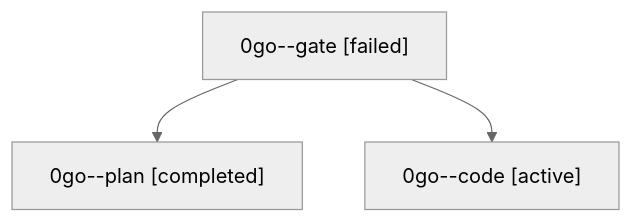
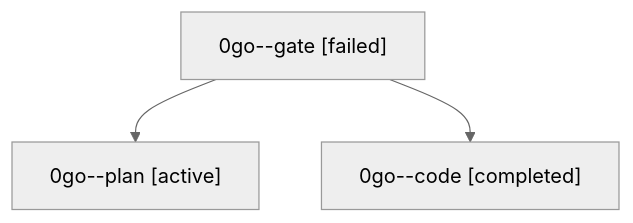
The diagram in families/bbugyi200.athena.0go.md (sase-org/sase--agents), drawn with Mermaid (neutral theme) before and after one commit. The commit also changed other lines of this file and 35830 other files, not shown here.

````diff
--- a/families/bbugyi200.athena.0go.md
+++ b/families/bbugyi200.athena.0go.md
@@ -9,8 +9,8 @@
 ```mermaid
 flowchart TD
   n0["0go--gate [failed]"]
-  n1["0go--plan [completed]"]
+  n1["0go--plan [active]"]
   n0 --> n1
-  n2["0go--code [active]"]
+  n2["0go--code [completed]"]
   n0 --> n2
 ```
````
